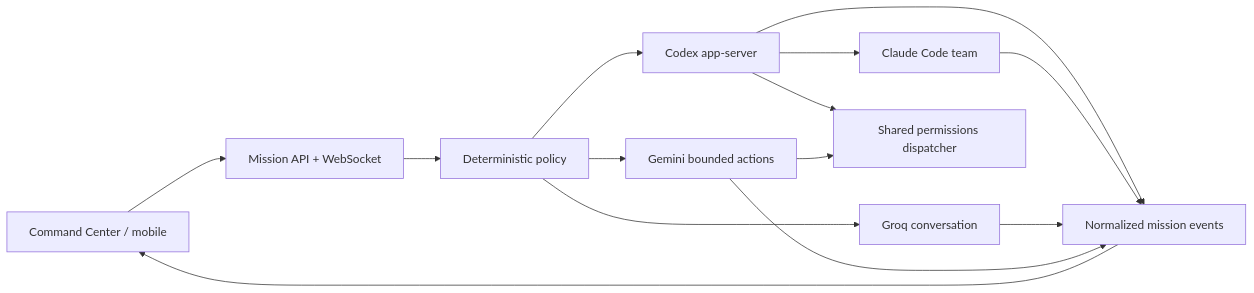
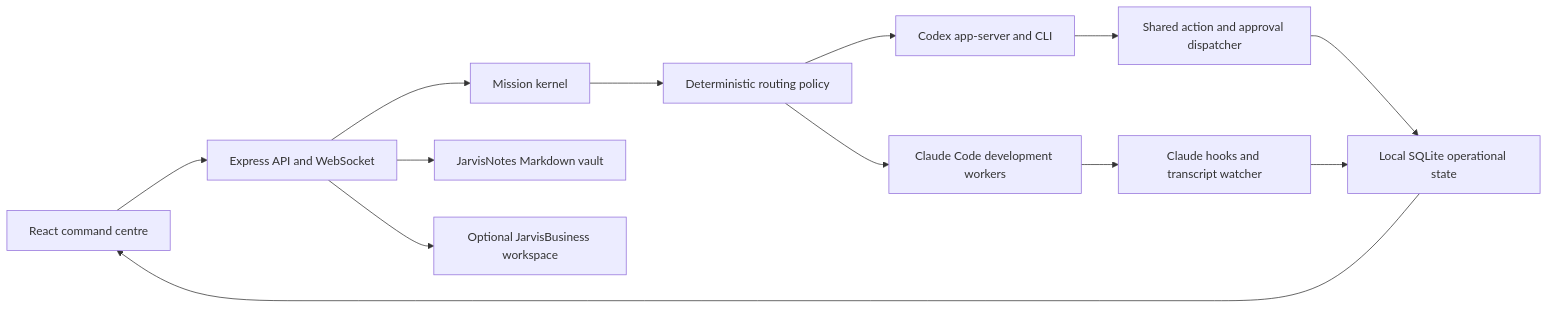
Before and after one commit to MrZarrar/Jarvis-Sub-Agent-Dashboard: the diagram in ARCHITECTURE.md, drawn with Mermaid. The commit also changed other lines of this file and 8 other files, not shown here.

````diff
--- a/ARCHITECTURE.md
+++ b/ARCHITECTURE.md
@@ -11,16 +9,15 @@
 ```mermaid
 flowchart LR
-  UI["Command Center / mobile"] --> API["Mission API + WebSocket"]
-  API --> POLICY["Deterministic policy"]
-  POLICY --> CODEX["Codex app-server"]
-  CODEX --> CLAUDE["Claude Code team"]
-  POLICY --> GROQ["Groq conversation"]
-  POLICY --> GEMINI["Gemini bounded actions"]
-  CODEX --> GATE["Shared permissions dispatcher"]
-  GEMINI --> GATE
-  CODEX --> EVENTS["Normalized mission events"]
-  CLAUDE --> EVENTS
-  GROQ --> EVENTS
-  GEMINI --> EVENTS
-  EVENTS --> UI
+  UI["React command centre"] --> API["Express API and WebSocket"]
+  API --> MISSIONS["Mission kernel"]
+  MISSIONS --> POLICY["Deterministic routing policy"]
+  POLICY --> CODEX["Codex app-server and CLI"]
+  POLICY --> CLAUDE["Claude Code development workers"]
+  CODEX --> ACTIONS["Shared action and approval dispatcher"]
+  CLAUDE --> HOOKS["Claude hooks and transcript watcher"]
+  ACTIONS --> SQLITE["Local SQLite operational state"]
+  HOOKS --> SQLITE
+  API --> VAULT["JarvisNotes Markdown vault"]
+  API --> BUSINESS["Optional JarvisBusiness workspace"]
+  SQLITE --> UI
 ```
````
